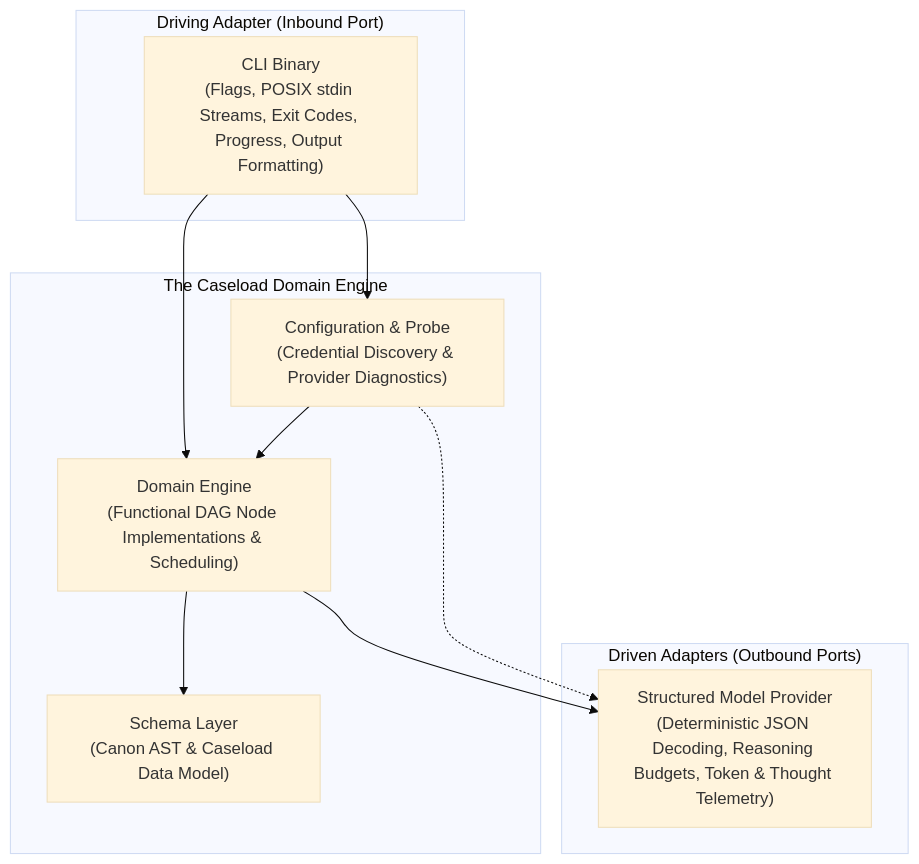
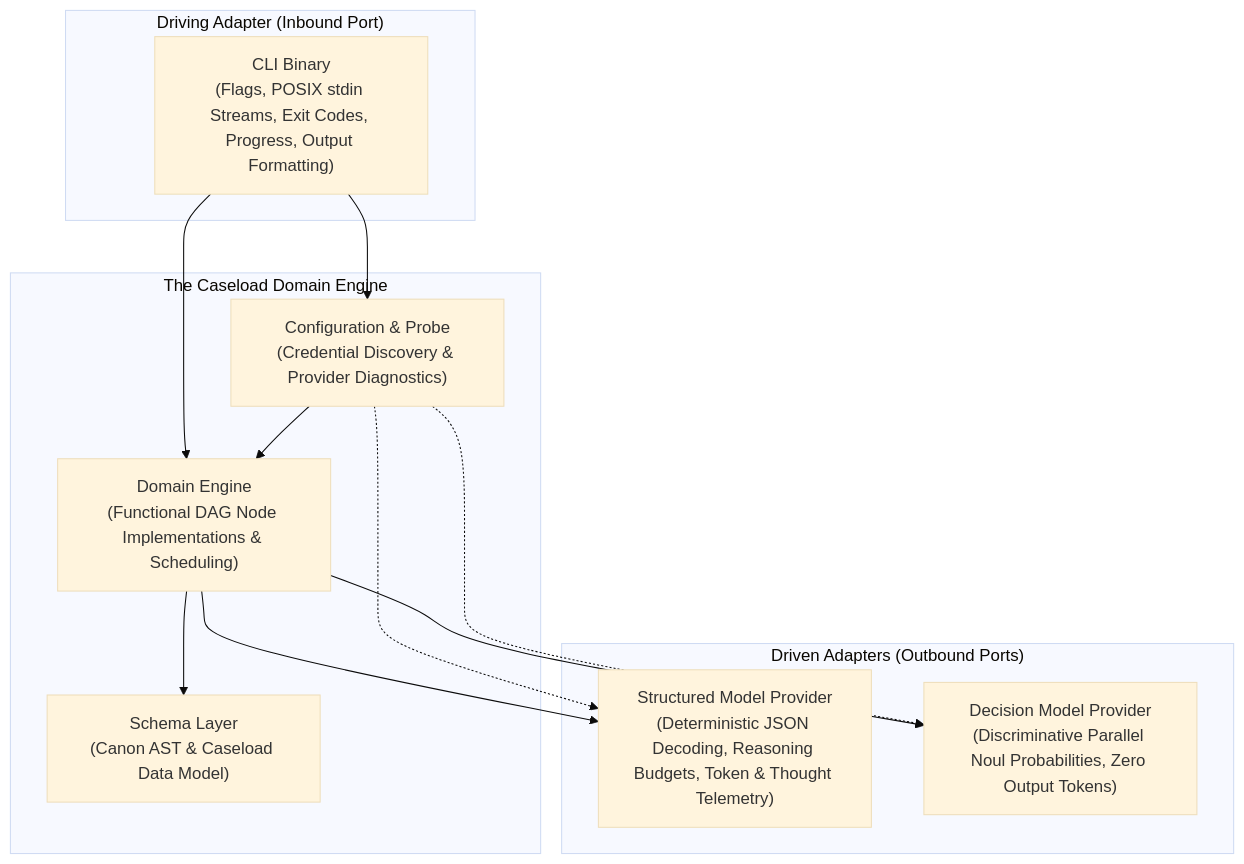
One commit to jimbojw/canon-clerk changed the second of 3 diagrams in docs/architecture/overview.md. Above: the diagram before and after it, drawn with Mermaid (base theme). The commit also changed other lines of this file and 8 other files, not shown here.

````diff
--- a/docs/architecture/overview.md
+++ b/docs/architecture/overview.md
@@ -90,24 +90,27 @@
 ```mermaid
 flowchart TD
     subgraph DrivingAdapter ["Driving Adapter (Inbound Port)"]
         CLI["CLI Binary<br/>(Flags, POSIX stdin Streams, Exit Codes, Progress, Output Formatting)"]
     end
 
     subgraph CoreEngine ["The Caseload Domain Engine"]
         Core["Domain Engine<br/>(Functional DAG Node Implementations & Scheduling)"]
         Config["Configuration & Probe<br/>(Credential Discovery & Provider Diagnostics)"]
         Schema["Schema Layer<br/>(Canon AST & Caseload Data Model)"]
     end
 
     subgraph DrivenAdapters ["Driven Adapters (Outbound Ports)"]
         Provider["Structured Model Provider<br/>(Deterministic JSON Decoding, Reasoning Budgets, Token & Thought Telemetry)"]
+        DecisionProvider["Decision Model Provider<br/>(Discriminative Parallel Noul Probabilities, Zero Output Tokens)"]
     end
 
     CLI --> Core
     CLI --> Config
 
     Config --> Core
     Core --> Schema
     Core --> Provider
+    Core --> DecisionProvider
     Config -.-> Provider
+    Config -.-> DecisionProvider
 ```
````
